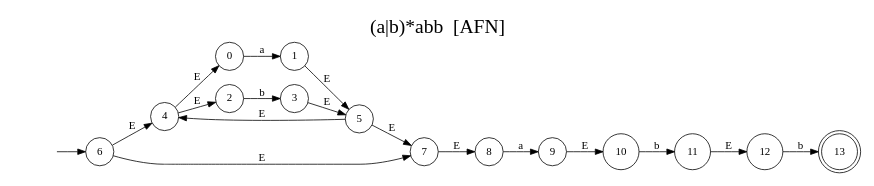
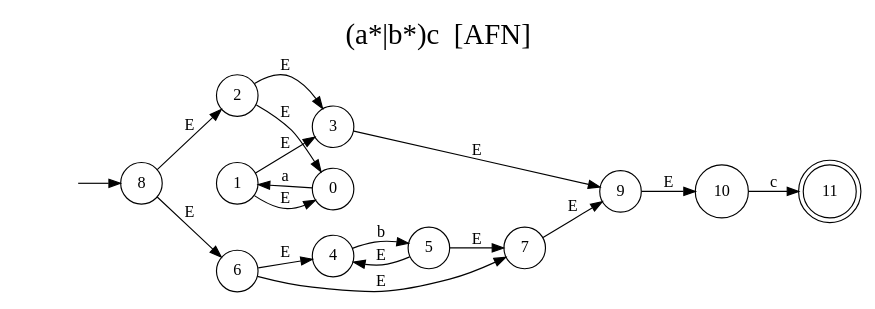
The diagram in docs/automataAFN.dot (CrisLayB/ProgrammingLanguageDesign), drawn with Graphviz before and after one commit. The commit also changed 10 other files, not shown here.

```diff
--- a/docs/automataAFN.dot
+++ b/docs/automataAFN.dot
@@ -1,30 +1,30 @@
 digraph "Resultado Automata AFN" {
-	label = "(a|b)*abb  [AFN]"
+	label = "(a*|b*)c  [AFN]"
 	labelloc  =  t
 	fontsize  = 25
 	rankdir=LR size="8,5"
 	node [shape=doublecircle]
-	13
+	11
 	node [shape=circle]
-	6
+	8
 	node [shape=none]
 	""
-	""-> 6 [label=""]
+	""-> 8 [label=""]
 	node [shape=circle]
 	0 -> 1[label="a"]
-	2 -> 3[label="b"]
-	4 -> 0[label="E"]
-	4 -> 2[label="E"]
-	1 -> 5[label="E"]
-	3 -> 5[label="E"]
+	1 -> 0[label="E"]
+	2 -> 3[label="E"]
+	2 -> 0[label="E"]
+	1 -> 3[label="E"]
+	4 -> 5[label="b"]
 	5 -> 4[label="E"]
 	6 -> 7[label="E"]
 	6 -> 4[label="E"]
 	5 -> 7[label="E"]
-	8 -> 9[label="a"]
-	7 -> 8[label="E"]
-	10 -> 11[label="b"]
+	8 -> 2[label="E"]
+	8 -> 6[label="E"]
+	3 -> 9[label="E"]
+	7 -> 9[label="E"]
+	10 -> 11[label="c"]
 	9 -> 10[label="E"]
-	12 -> 13[label="b"]
-	11 -> 12[label="E"]
 }
```
